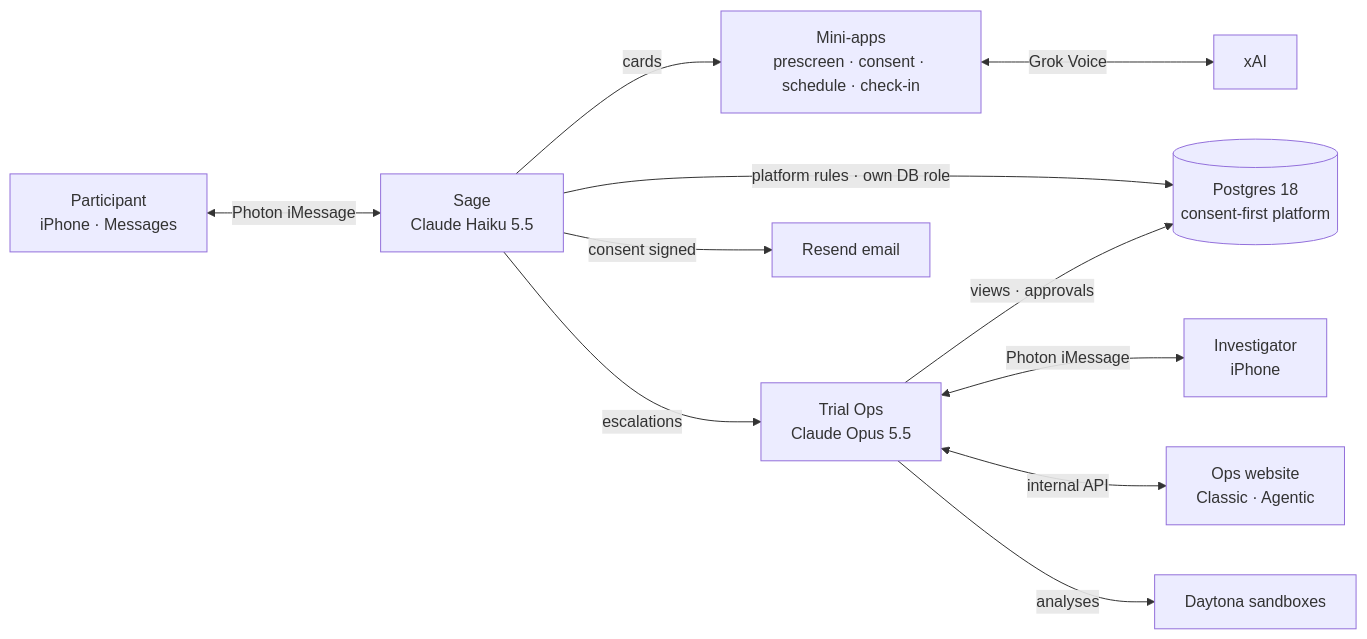
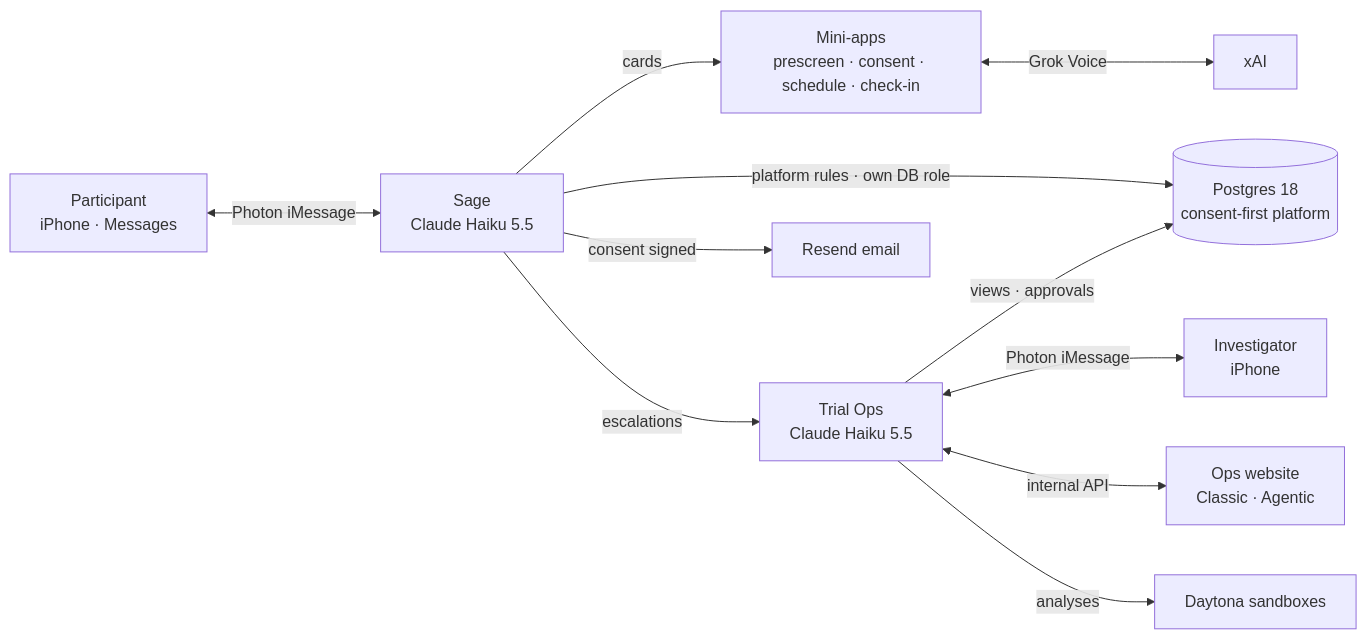
One commit to SunfishTK1/hackharvard-2026 changed the diagram in README.md. Above: the diagram before and after it, drawn with Mermaid. The commit also changed other lines of this file and 7 other files, not shown here.

First line of the commit message:
Every Claude call runs on Haiku 5.5: Trial Ops, its analyst, First Light and the trial manager view

````diff
--- a/README.md
+++ b/README.md
@@ -59,13 +59,13 @@
 ```mermaid
 flowchart LR
   P["Participant<br/>iPhone · Messages"] <-->|Photon iMessage| S["Sage<br/>Claude Haiku 5.5"]
   S -->|cards| M["Mini-apps<br/>prescreen · consent · schedule · check-in"]
   M <-->|Grok Voice| X["xAI"]
   S -->|"platform rules · own DB role"| DB[("Postgres 18<br/>consent-first platform")]
-  T["Trial Ops<br/>Claude Opus 5.5"] -->|"views · approvals"| DB
+  T["Trial Ops<br/>Claude Haiku 5.5"] -->|"views · approvals"| DB
   S -->|escalations| T
   T <-->|Photon iMessage| I["Investigator<br/>iPhone"]
   T <-->|internal API| W["Ops website<br/>Classic · Agentic"]
   T -->|analyses| D["Daytona sandboxes"]
   S -->|consent signed| R["Resend email"]
 ```
````
